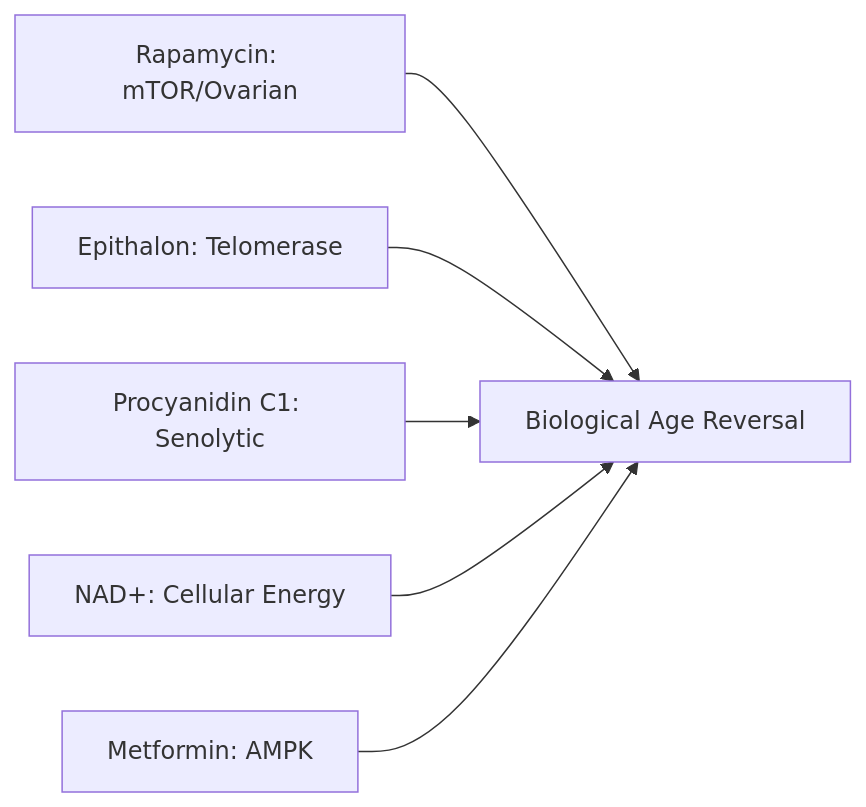
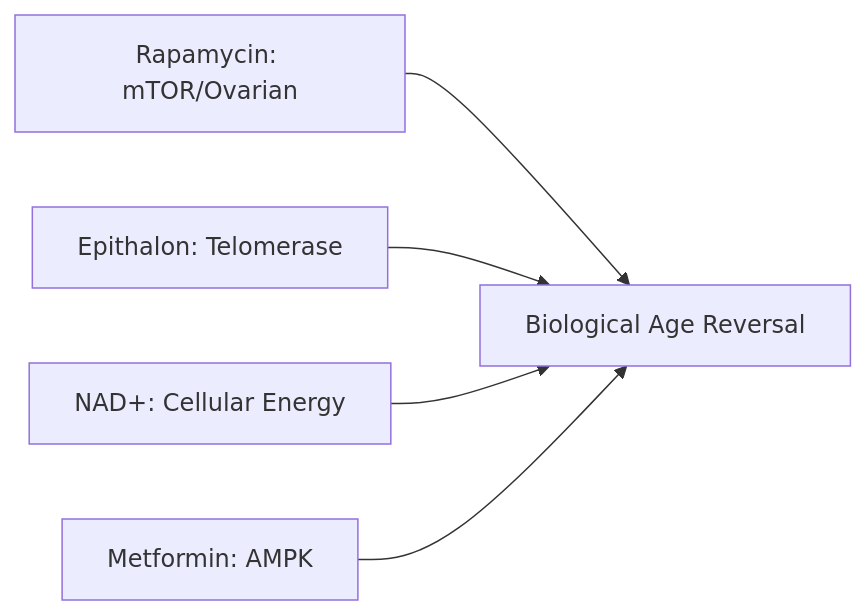
The sixth of 8 diagrams in protocols/athena-protocol.md (199-biotechnologies/199-peptides), drawn with Mermaid before and after one commit. The commit also changed other lines of this file and 4 other files, not shown here.

````diff
--- a/protocols/athena-protocol.md
+++ b/protocols/athena-protocol.md
@@ -131,8 +134,7 @@
 ```mermaid
 flowchart LR
     RAPA[Rapamycin: mTOR/Ovarian] --> L[Biological Age Reversal]
     EPI[Epithalon: Telomerase] --> L
-    PC1[Procyanidin C1: Senolytic] --> L
     NAD[NAD+: Cellular Energy] --> L
     MET[Metformin: AMPK] --> L
 ```
````
